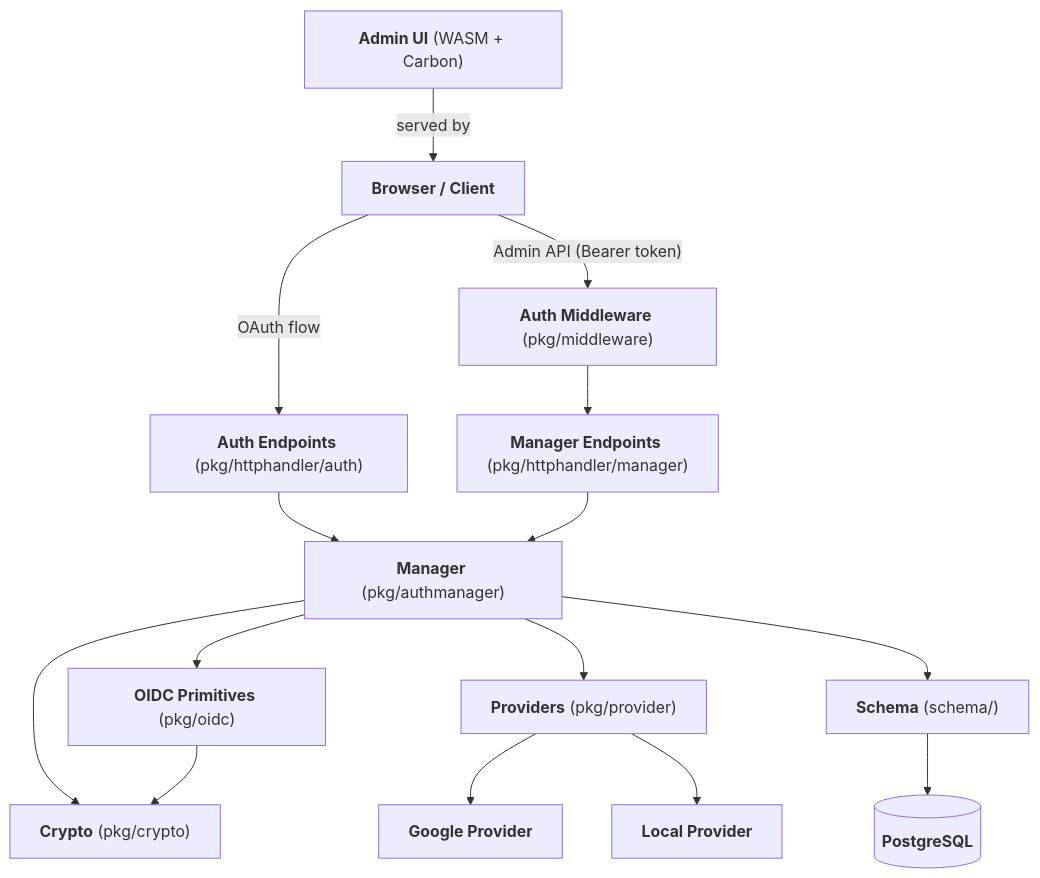
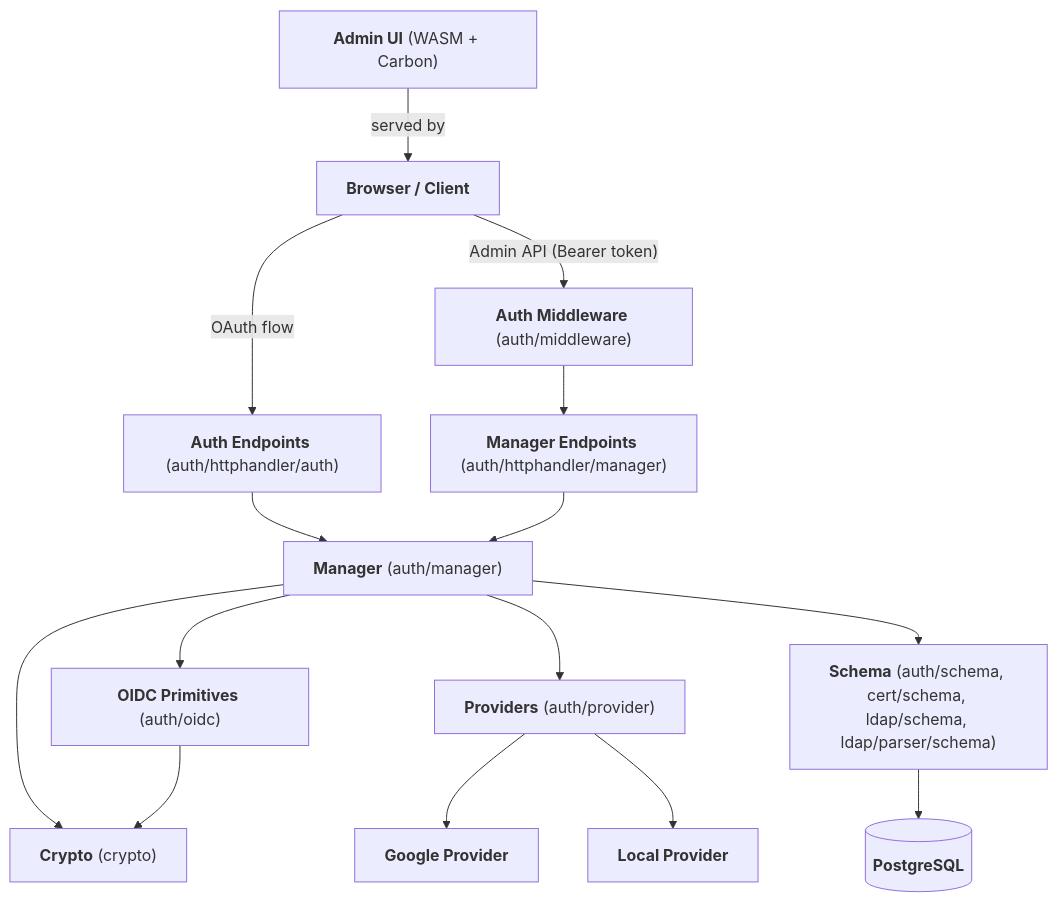
Before and after one commit to mutablelogic/go-auth: the first of 2 diagrams in README.md, drawn with Mermaid. The commit also changed other lines of this file and 396 other files, not shown here.

````diff
--- a/README.md
+++ b/README.md
@@ -162,31 +165,31 @@
 ```mermaid
 flowchart TD
     Browser["<b>Browser / Client</b>"]
     AdminUI["<b>Admin UI</b> (WASM + Carbon)"]
-    AuthEP["<b>Auth Endpoints</b> (pkg/httphandler/auth)"]
-    MgrEP["<b>Manager Endpoints</b> (pkg/httphandler/manager)"]
-    Middleware["<b>Auth Middleware</b> (pkg/middleware)"]
-    Manager["<b>Manager</b> (pkg/authmanager)"]
-    OIDC["<b>OIDC Primitives</b> (pkg/oidc)"]
-    Crypto["<b>Crypto</b> (pkg/crypto)"]
-    Providers["<b>Providers</b> (pkg/provider)"]
+    AuthEP["<b>Auth Endpoints</b> (auth/httphandler/auth)"]
+    MgrEP["<b>Manager Endpoints</b> (auth/httphandler/manager)"]
+    Middleware["<b>Auth Middleware</b> (auth/middleware)"]
+    Manager["<b>Manager</b> (auth/manager)"]
+    OIDC["<b>OIDC Primitives</b> (auth/oidc)"]
+    Crypto["<b>Crypto</b> (crypto)"]
+    Providers["<b>Providers</b> (auth/provider)"]
     Google["<b>Google Provider</b>"]
     Local["<b>Local Provider</b>"]
-    Schema["<b>Schema</b> (schema/)"]
+    Schema["<b>Schema</b> (auth/schema, cert/schema, ldap/schema, ldap/parser/schema)"]
     PG[("<b>PostgreSQL</b>")]
 
     Browser -->|"OAuth flow"| AuthEP
     Browser -->|"Admin API (Bearer token)"| Middleware
     AdminUI -->|"served by"| Browser
     Middleware --> MgrEP
     AuthEP --> Manager
     MgrEP --> Manager
     Manager --> OIDC
     Manager --> Crypto
     Manager --> Providers
     Manager --> Schema
     Providers --> Google
     Providers --> Local
     Schema --> PG
     OIDC --> Crypto
 ```
````
